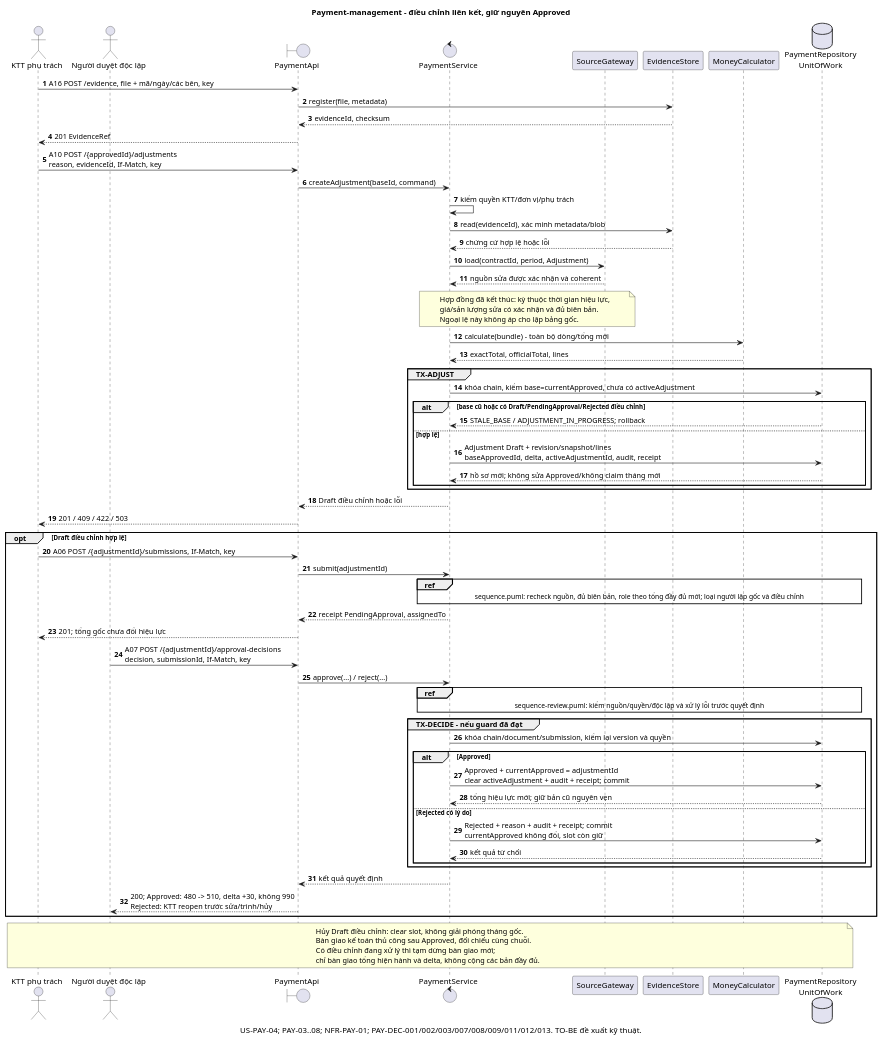
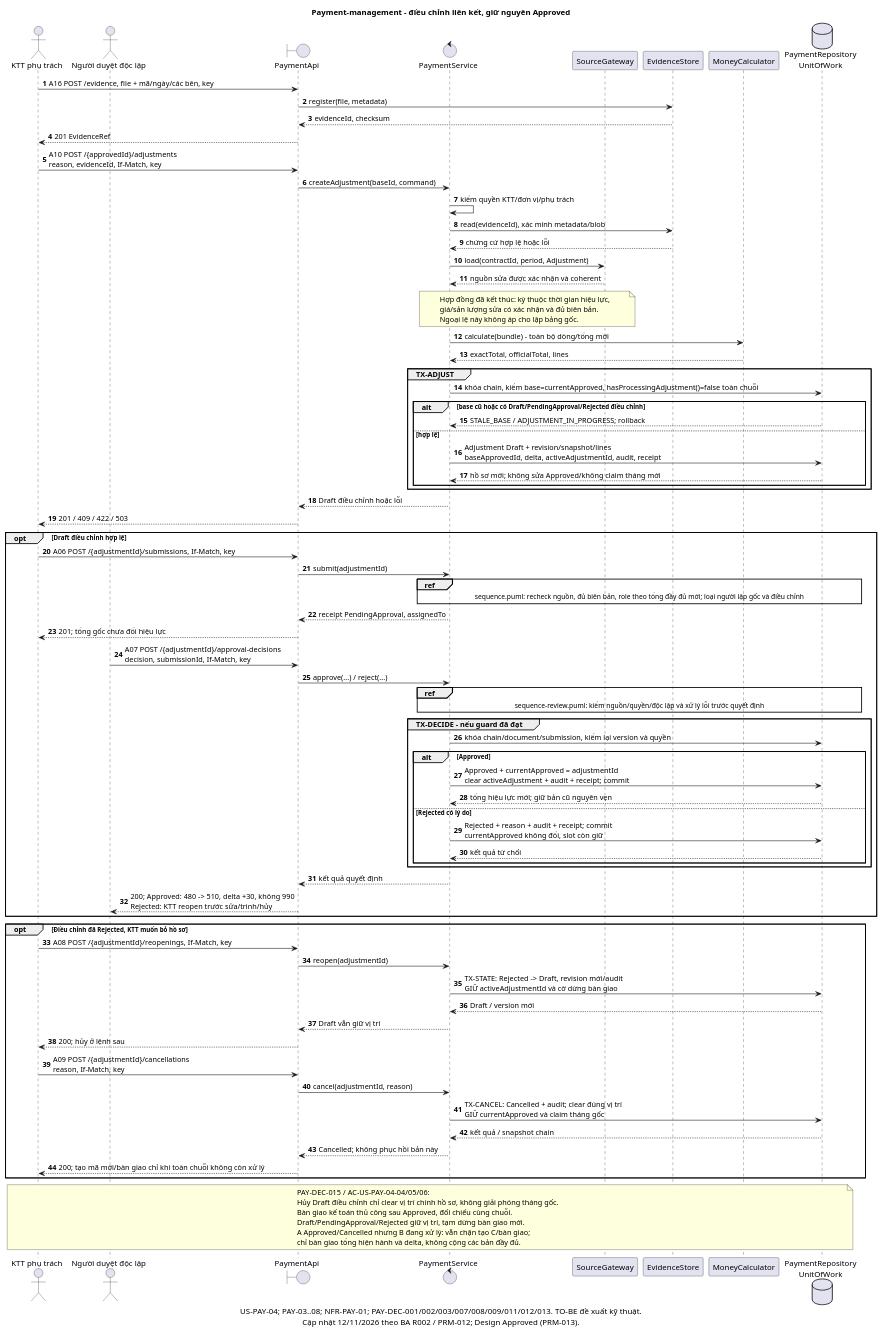
One commit to NotTodaySirr/module_thanh_toan changed the diagram in docs/design/payment-management/diagrams/sequence-adjustment.puml. Above: the diagram before and after it, drawn with PlantUML. The commit also changed 22 other files, not shown here.

Commit message:
docs(payment-management): cập nhật thiết kế theo phân tích sau R002

```diff
--- a/docs/design/payment-management/diagrams/sequence-adjustment.puml
+++ b/docs/design/payment-management/diagrams/sequence-adjustment.puml
@@ -1,74 +1,90 @@
 @startuml
 title Payment-management - điều chỉnh liên kết, giữ nguyên Approved
-caption US-PAY-04; PAY-03..08; NFR-PAY-01; PAY-DEC-001/002/003/007/008/009/011/012/013. TO-BE đề xuất kỹ thuật.
+caption US-PAY-04; PAY-03..08; NFR-PAY-01; PAY-DEC-001/002/003/007/008/009/011/012/013. TO-BE đề xuất kỹ thuật.\nCập nhật 12/11/2026 theo BA R002 / PRM-012; Design Approved (PRM-013).
 skinparam defaultFontName Arial
 autonumber
 actor "KTT phụ trách" as KTT
 actor "Người duyệt độc lập" as Reviewer
 boundary PaymentApi as Api
 control PaymentService as Service
 participant SourceGateway as Source
 participant EvidenceStore as Evidence
 participant MoneyCalculator as Calc
 database "PaymentRepository\nUnitOfWork" as Repo
 
 KTT -> Api : A16 POST /evidence, file + mã/ngày/các bên, key
 Api -> Evidence : register(file, metadata)
 Evidence --> Api : evidenceId, checksum
 Api --> KTT : 201 EvidenceRef
 KTT -> Api : A10 POST /{approvedId}/adjustments\nreason, evidenceId, If-Match, key
 Api -> Service : createAdjustment(baseId, command)
 Service -> Service : kiểm quyền KTT/đơn vị/phụ trách
 Service -> Evidence : read(evidenceId), xác minh metadata/blob
 Evidence --> Service : chứng cứ hợp lệ hoặc lỗi
 Service -> Source : load(contractId, period, Adjustment)
 Source --> Service : nguồn sửa được xác nhận và coherent
 note over Service,Source
   Hợp đồng đã kết thúc: kỳ thuộc thời gian hiệu lực,
   giá/sản lượng sửa có xác nhận và đủ biên bản.
   Ngoại lệ này không áp cho lập bảng gốc.
 end note
 Service -> Calc : calculate(bundle) - toàn bộ dòng/tổng mới
 Calc --> Service : exactTotal, officialTotal, lines
 group TX-ADJUST
-  Service -> Repo : khóa chain, kiểm base=currentApproved, chưa có activeAdjustment
+  Service -> Repo : khóa chain, kiểm base=currentApproved, hasProcessingAdjustment()=false toàn chuỗi
   alt base cũ hoặc có Draft/PendingApproval/Rejected điều chỉnh
     Repo --> Service : STALE_BASE / ADJUSTMENT_IN_PROGRESS; rollback
   else hợp lệ
     Service -> Repo : Adjustment Draft + revision/snapshot/lines\nbaseApprovedId, delta, activeAdjustmentId, audit, receipt
     Repo --> Service : hồ sơ mới; không sửa Approved/không claim tháng mới
   end
 end
 Service --> Api : Draft điều chỉnh hoặc lỗi
 Api --> KTT : 201 / 409 / 422 / 503
 
 opt Draft điều chỉnh hợp lệ
   KTT -> Api : A06 POST /{adjustmentId}/submissions, If-Match, key
   Api -> Service : submit(adjustmentId)
   ref over Service,Repo : sequence.puml: recheck nguồn, đủ biên bản, role theo tổng đầy đủ mới; loại người lập gốc và điều chỉnh
   Service --> Api : receipt PendingApproval, assignedTo
   Api --> KTT : 201; tổng gốc chưa đổi hiệu lực
 
   Reviewer -> Api : A07 POST /{adjustmentId}/approval-decisions\ndecision, submissionId, If-Match, key
   Api -> Service : approve(...) / reject(...)
   ref over Service,Repo : sequence-review.puml: kiểm nguồn/quyền/độc lập và xử lý lỗi trước quyết định
   group TX-DECIDE - nếu guard đã đạt
     Service -> Repo : khóa chain/document/submission, kiểm lại version và quyền
     alt Approved
       Service -> Repo : Approved + currentApproved = adjustmentId\nclear activeAdjustment + audit + receipt; commit
       Repo --> Service : tổng hiệu lực mới; giữ bản cũ nguyên vẹn
     else Rejected có lý do
       Service -> Repo : Rejected + reason + audit + receipt; commit\ncurrentApproved không đổi, slot còn giữ
       Repo --> Service : kết quả từ chối
     end
   end
   Service --> Api : kết quả quyết định
   Api --> Reviewer : 200; Approved: 480 -> 510, delta +30, không 990\nRejected: KTT reopen trước sửa/trình/hủy
 end
+opt Điều chỉnh đã Rejected, KTT muốn bỏ hồ sơ
+  KTT -> Api : A08 POST /{adjustmentId}/reopenings, If-Match, key
+  Api -> Service : reopen(adjustmentId)
+  Service -> Repo : TX-STATE: Rejected -> Draft, revision mới/audit\nGIỮ activeAdjustmentId và cờ dừng bàn giao
+  Repo --> Service : Draft / version mới
+  Service --> Api : Draft vẫn giữ vị trí
+  Api --> KTT : 200; hủy ở lệnh sau
+  KTT -> Api : A09 POST /{adjustmentId}/cancellations\nreason, If-Match, key
+  Api -> Service : cancel(adjustmentId, reason)
+  Service -> Repo : TX-CANCEL: Cancelled + audit; clear đúng vị trí\nGIỮ currentApproved và claim tháng gốc
+  Repo --> Service : kết quả / snapshot chain
+  Service --> Api : Cancelled; không phục hồi bản này
+  Api --> KTT : 200; tạo mã mới/bàn giao chỉ khi toàn chuỗi không còn xử lý
+end
 note over KTT,Repo
-  Hủy Draft điều chỉnh: clear slot, không giải phóng tháng gốc.
+  PAY-DEC-015 / AC-US-PAY-04-04/05/06:
+  Hủy Draft điều chỉnh chỉ clear vị trí chính hồ sơ, không giải phóng tháng gốc.
   Bàn giao kế toán thủ công sau Approved, đối chiếu cùng chuỗi.
-  Có điều chỉnh đang xử lý thì tạm dừng bàn giao mới;
+  Draft/PendingApproval/Rejected giữ vị trí, tạm dừng bàn giao mới.
+  A Approved/Cancelled nhưng B đang xử lý: vẫn chặn tạo C/bàn giao;
   chỉ bàn giao tổng hiện hành và delta, không cộng các bản đầy đủ.
 end note
 @enduml
```
